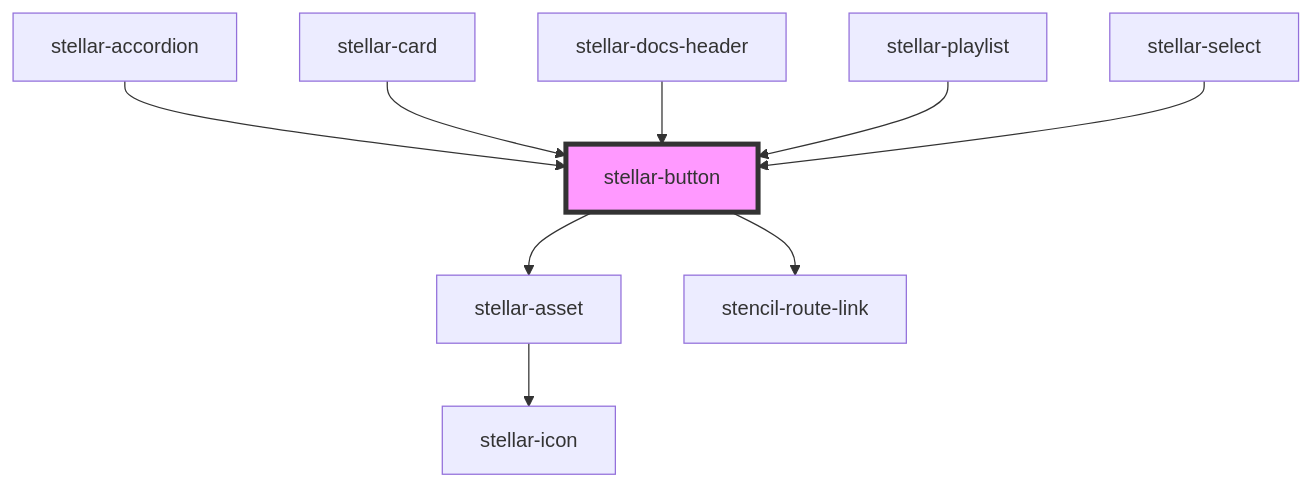
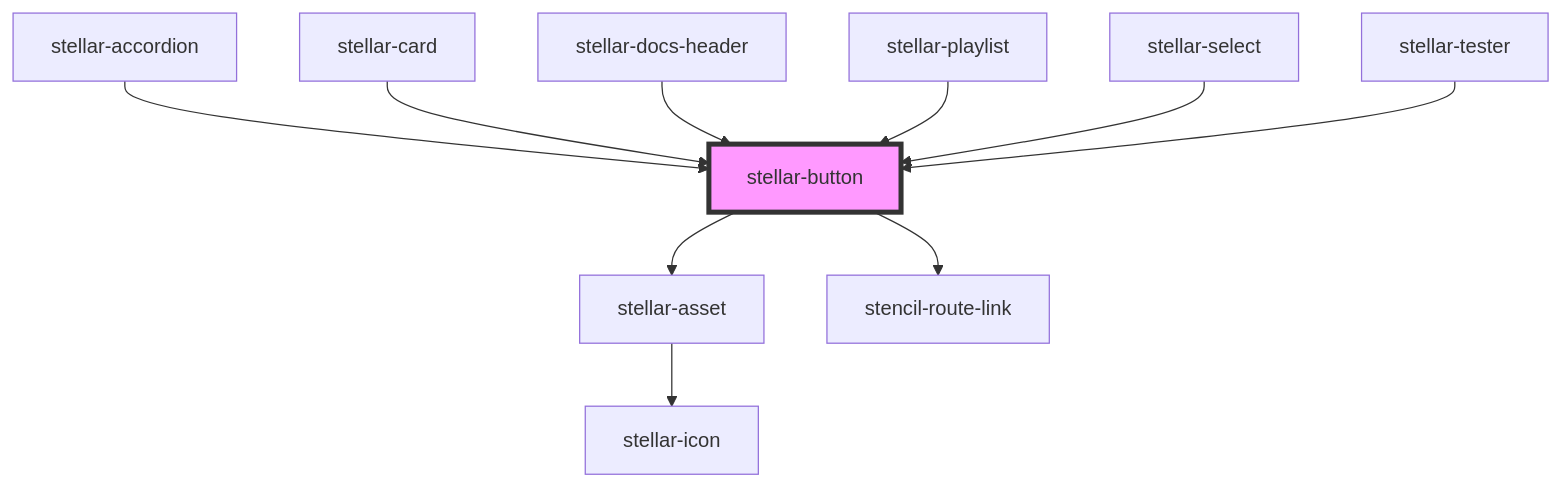
The diagram in src/components/forms/button/readme.md (splitinfinities/Stellar), drawn with Mermaid before and after one commit. The commit also changed other lines of this file and 11 other files, not shown here.

````diff
--- a/src/components/forms/button/readme.md
+++ b/src/components/forms/button/readme.md
@@ -78,12 +79,13 @@
 ```mermaid
 graph TD;
   stellar-button --> stellar-asset
   stellar-button --> stencil-route-link
   stellar-asset --> stellar-icon
   stellar-accordion --> stellar-button
   stellar-card --> stellar-button
   stellar-docs-header --> stellar-button
   stellar-playlist --> stellar-button
   stellar-select --> stellar-button
+  stellar-tester --> stellar-button
   style stellar-button fill:#f9f,stroke:#333,stroke-width:4px
 ```
````
